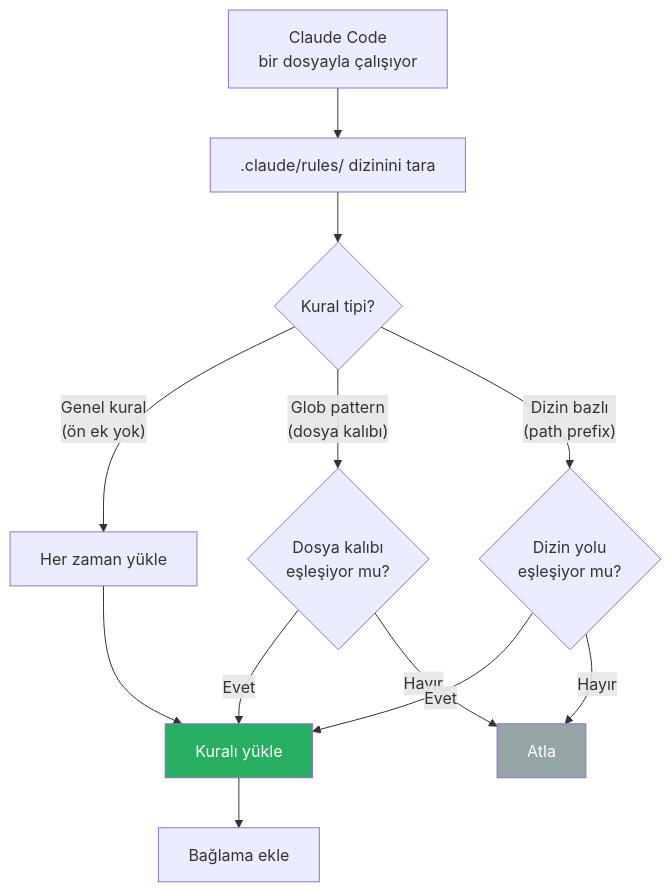
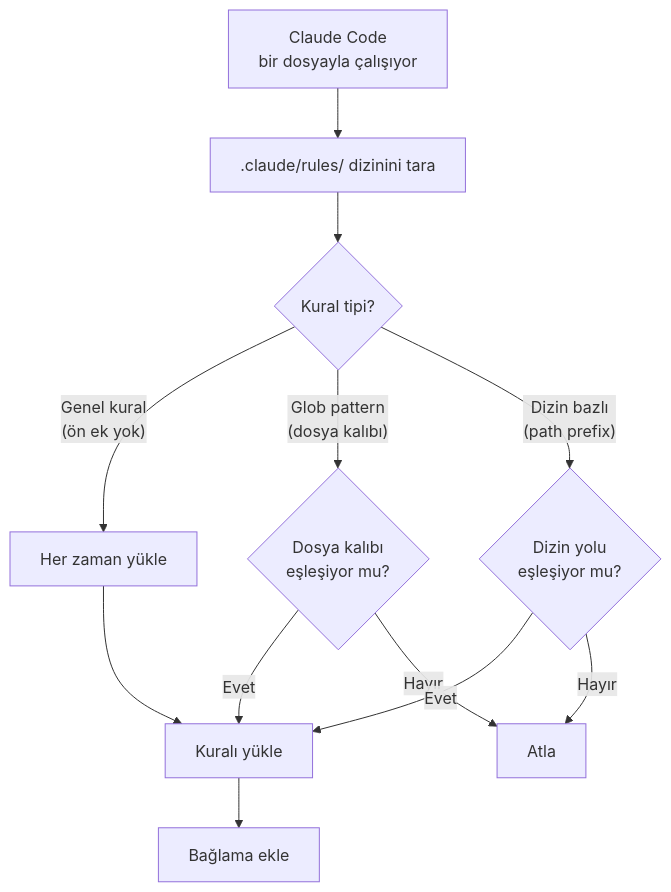
Before and after one commit to IzzetYasinAtes/ClaudeCodeHandbook: the second of 3 diagrams in 09-bellek-ve-baglam/03-kurallar-dizini.md, drawn with Mermaid. The commit also changed other lines of this file and 97 other files, not shown here.

Commit message:
Remove all custom Mermaid style/fill colors from 98 markdown files for consistent dark theme rendering

````diff
--- a/09-bellek-ve-baglam/03-kurallar-dizini.md
+++ b/09-bellek-ve-baglam/03-kurallar-dizini.md
@@ -50,20 +49,18 @@
 ```mermaid
 flowchart TD
     START["Claude Code<br/>bir dosyayla çalışıyor"] --> SCAN[".claude/rules/ dizinini tara"]
     SCAN --> TYPES{"Kural tipi?"}
 
     TYPES -->|"Genel kural<br/>(ön ek yok)"| ALWAYS["Her zaman yükle"]
     TYPES -->|"Glob pattern<br/>(dosya kalıbı)"| GLOB_CHECK{"Dosya kalıbı<br/>eşleşiyor mu?"}
     TYPES -->|"Dizin bazlı<br/>(path prefix)"| DIR_CHECK{"Dizin yolu<br/>eşleşiyor mu?"}
 
     GLOB_CHECK -->|"Evet"| LOAD_RULE["Kuralı yükle"]
     GLOB_CHECK -->|"Hayır"| SKIP["Atla"]
     DIR_CHECK -->|"Evet"| LOAD_RULE
     DIR_CHECK -->|"Hayır"| SKIP
 
     ALWAYS --> LOAD_RULE
     LOAD_RULE --> CONTEXT["Bağlama ekle"]
 
-    style LOAD_RULE fill:#27AE60,color:#fff
-    style SKIP fill:#95A5A6,color:#fff
 ```
````
